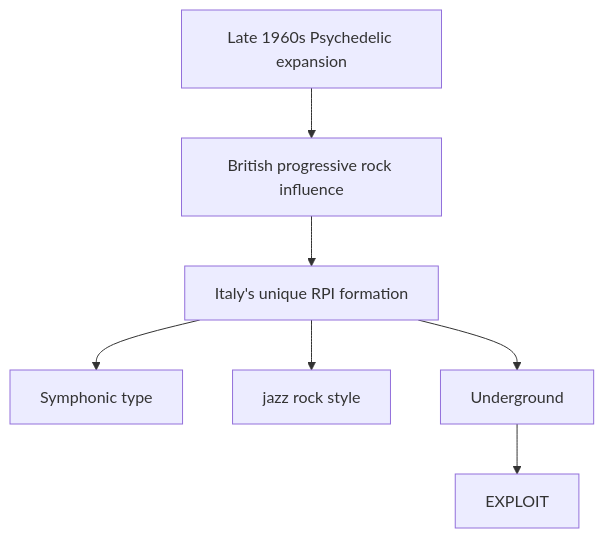
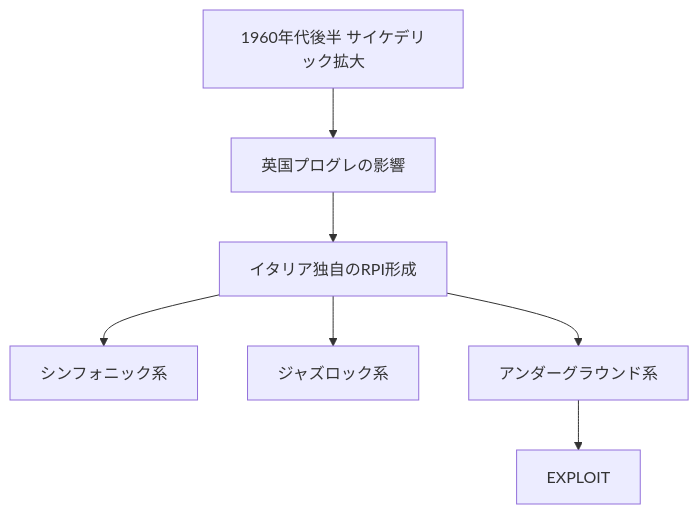
One commit to monumental-movement/monumental-movement.github.io changed the first of 6 diagrams in en/_posts/2026-05-16-column-exploit.md. Above: the diagram before and after it, drawn with Mermaid. The commit also changed other lines of this file and 2196 other files, not shown here.

```diff
--- a/en/_posts/2026-05-16-column-exploit.md
+++ b/en/_posts/2026-05-16-column-exploit.md
@@ -79,9 +78,9 @@
 <div class="mermaid">
 graph TD
-A[Late 1960s Psychedelic expansion] --> B[British progressive rock influence]
-B --> C[Italy's unique RPI formation]
-C --> D[Symphonic type]
-C --> E[jazz rock style]
-C --> F[Underground]
+A[1960年代後半 サイケデリック拡大] --> B[英国プログレの影響]
+B --> C[イタリア独自のRPI形成]
+C --> D[シンフォニック系]
+C --> E[ジャズロック系]
+C --> F[アンダーグラウンド系]
 F --> G[EXPLOIT]
 </div>
```
